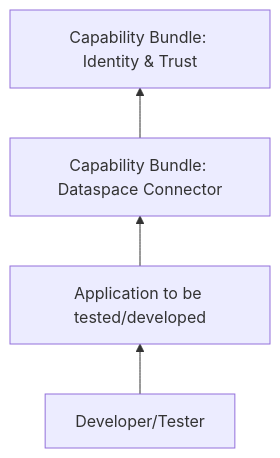
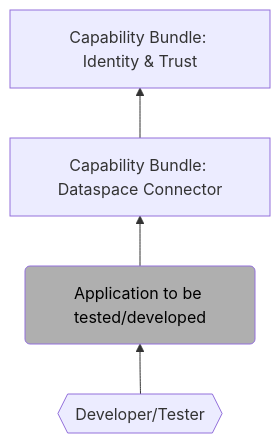
The fifth of 8 diagrams in docs/concept/TAP7.1-solution-design.md (eclipse-tractusx/tractus-x-umbrella), drawn with Mermaid before and after one commit. The commit also changed other lines of this file, not shown here.

`````diff
--- a/docs/concept/TAP7.1-solution-design.md
+++ b/docs/concept/TAP7.1-solution-design.md
@@ -375,10 +379,11 @@
 ````mermaid
 flowchart BT
     A["Capability Bundle: Identity & Trust"]
     B["Capability Bundle: Dataspace Connector"]
-    C["Application to be tested/developed"]
-    D["Developer/Tester"]
+    C("Application to be tested/developed")
+    style C fill:#afafaf,color:black
+    D{{"Developer/Tester"}}
     C --> B
     B --> A
     D --> C
 ````
`````
